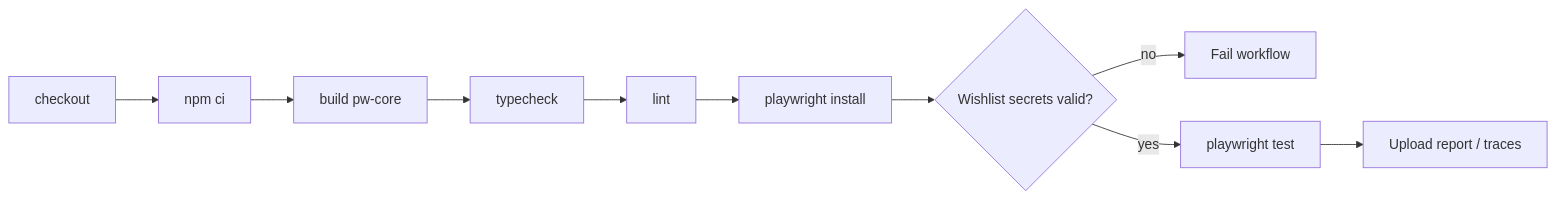
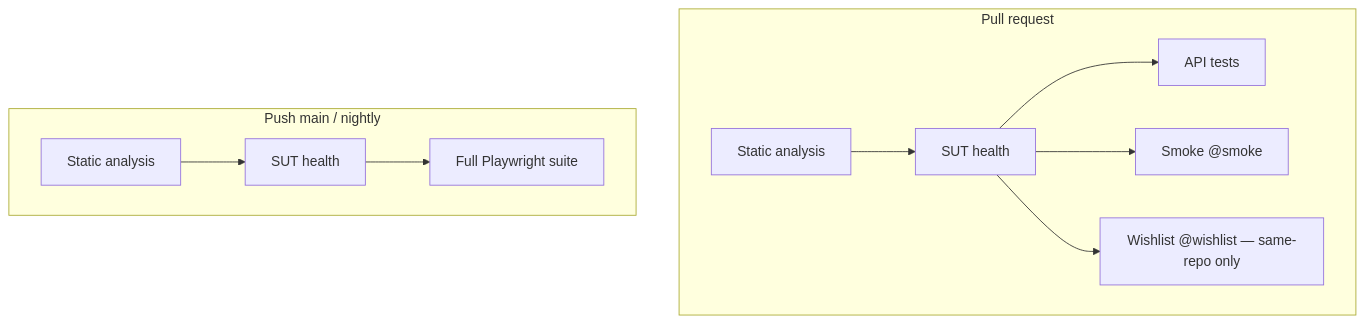
One commit to NandaRam153/Opencart-Playwright-Typescript-automation changed the fourth of 4 diagrams in docs/ARCHITECTURE.md. Above: the diagram before and after it, drawn with Mermaid. The commit also changed other lines of this file and 13 other files, not shown here.

````diff
--- a/docs/ARCHITECTURE.md
+++ b/docs/ARCHITECTURE.md
@@ -166,12 +197,14 @@
 ```mermaid
-flowchart LR
-    A[checkout] --> B[npm ci]
-    B --> C[build pw-core]
-    C --> D[typecheck]
-    D --> E[lint]
-    E --> F[playwright install]
-    F --> G{Wishlist secrets valid?}
-    G -->|no| X[Fail workflow]
-    G -->|yes| H[playwright test]
-    H --> I[Upload report / traces]
+flowchart TB
+    subgraph pr [Pull request]
+        S1[Static analysis] --> S2[SUT health]
+        S2 --> S3[API tests]
+        S2 --> S4[Smoke @smoke]
+        S2 --> S5[Wishlist @wishlist — same-repo only]
+    end
+
+    subgraph main [Push main / nightly]
+        M1[Static analysis] --> M2[SUT health]
+        M2 --> M3[Full Playwright suite]
+    end
 ```
````
